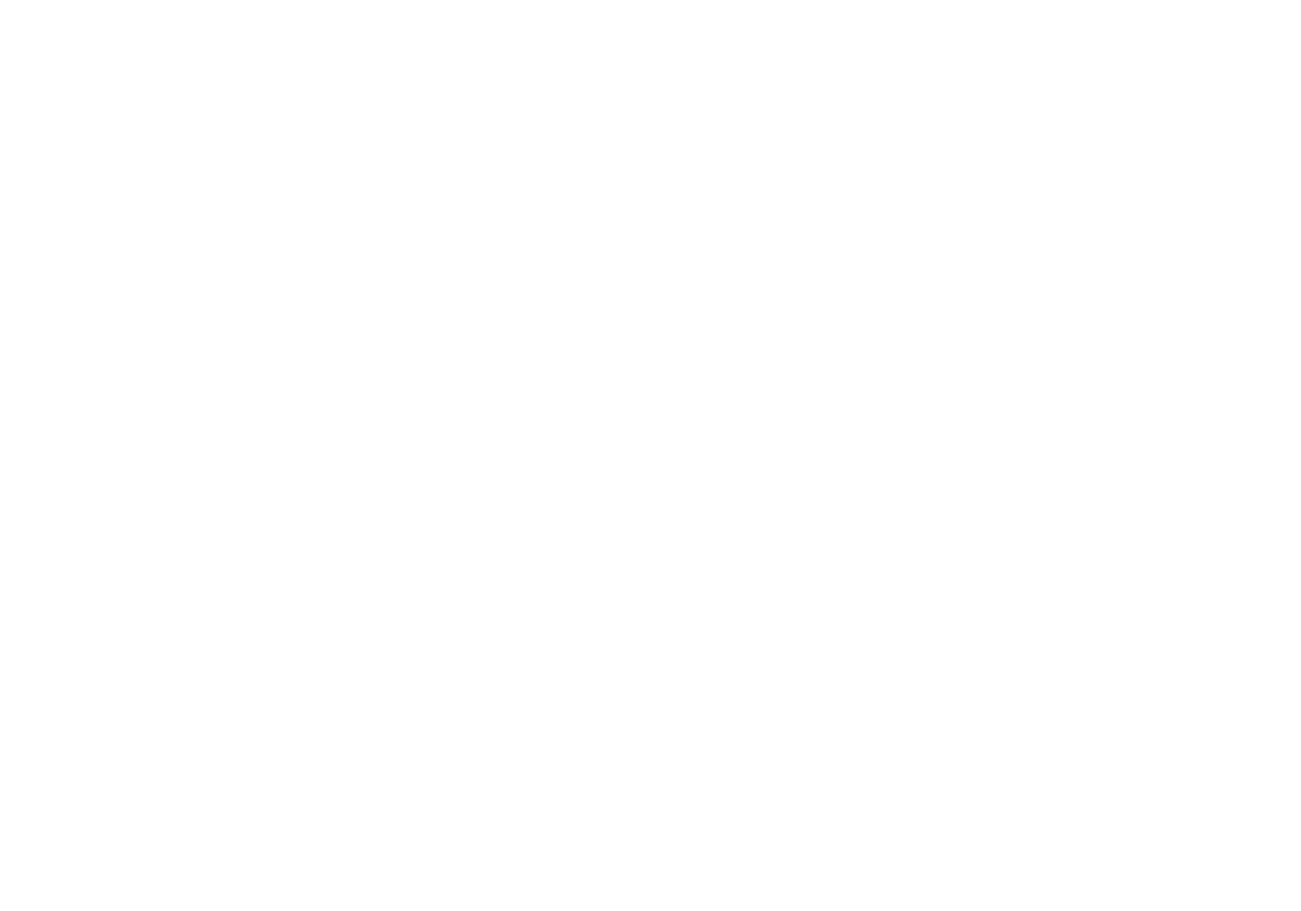
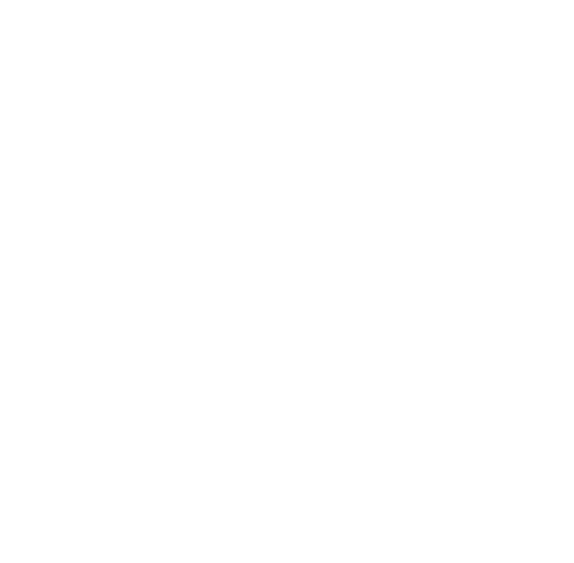
One commit to dodokek/Tree-Structure-Akinator changed the diagram in data/graph.dot. Above: the diagram before and after it, drawn with Graphviz. The commit also changed 10 other files, not shown here.

```diff
--- a/data/graph.dot
+++ b/data/graph.dot
@@ -1,85 +1,44 @@
 
     digraph g {
         dpi      = 200;
         fontname = "Comic Sans MS";
         fontsize = 20;
         rankdir   =  TB;
         edge [color = darkgrey, arrowhead = onormal, arrowsize = 1, penwidth = 1.2]
         graph[fillcolor = lightgreen, ranksep = 1.3, nodesep = 0.5,
         style = "rounded, filled",color = green, penwidth = 2]
 
-    Node00000290369e2990[shape=rectangle, color="red", width=0.2, style="filled",fillcolor="lightblue", label="Animal"] 
+    Node00000242ea7e3f80[shape=rectangle, color="red", width=0.2, style="filled",fillcolor="lightblue", label="Animal
+"] 
  
-Node00000290369e3f80[shape=rectangle, color="red", width=0.2, style="filled",fillcolor="lightblue", label="SucksDick"] 
+Node00000242ea7e3940[shape=rectangle, color="red", width=0.2, style="filled",fillcolor="lightblue", label="Bebra
+"] 
  
-Node00000290369e3940[shape=rectangle, color="red", width=0.2, style="filled",fillcolor="lightblue", label="StudyInMAI"] 
+Node00000242ea80e820[shape=rectangle, color="red", width=0.2, style="filled",fillcolor="lightblue", label="Impostor"] 
  
-Node00000290369e3970[shape=rectangle, color="red", width=0.2, style="filled",fillcolor="lightblue", label="FiveInchDick"] 
+Node00000242ea80dd40[shape=rectangle, color="red", width=0.2, style="filled",fillcolor="lightblue", label="SussyBaka"] 
  
-Node0000029034fd7b10[shape=rectangle, color="red", width=0.2, style="filled",fillcolor="lightblue", label="MishkFreddie"] 
+Node00000242ea7e3970[shape=rectangle, color="red", width=0.2, style="filled",fillcolor="lightblue", label="Amongus
+"] 
  
-Node0000029034fd7bb0[shape=rectangle, color="red", width=0.2, style="filled",fillcolor="lightblue", label="Dolbaeb"] 
+Node00000242e91b7b10[shape=rectangle, color="red", width=0.2, style="filled",fillcolor="lightblue", label="Sus
+"] 
  
-Node0000029034fd7c50[shape=rectangle, color="red", width=0.2, style="filled",fillcolor="lightblue", label="Cool"] 
+Node00000242e91b7bb0[shape=rectangle, color="red", width=0.2, style="filled",fillcolor="lightblue", label="NotBebra
+"] 
  
-Node0000029034fd7cf0[shape=rectangle, color="red", width=0.2, style="filled",fillcolor="lightblue", label="SuperPerec"] 
+Node00000242e91b7c50[shape=rectangle, color="red", width=0.2, style="filled",fillcolor="lightblue", label="Sanya
+"] 
  
-Node0000029034fd7d90[shape=rectangle, color="red", width=0.2, style="filled",fillcolor="lightblue", label="Vlados"] 
+Node00000242e91b7cf0[shape=rectangle, color="red", width=0.2, style="filled",fillcolor="lightblue", label="Vlados
+"] 
  
-Node0000029034fd7e30[shape=rectangle, color="red", width=0.2, style="filled",fillcolor="lightblue", label="Zhenya"] 
- 
-Node0000029036a10e40[shape=rectangle, color="red", width=0.2, style="filled",fillcolor="lightblue", label="SucksAlotofdiscks"] 
- 
-Node0000029036a10cc0[shape=rectangle, color="red", width=0.2, style="filled",fillcolor="lightblue", label="AverageMireaStudent"] 
- 
-Node0000029034fd7ed0[shape=rectangle, color="red", width=0.2, style="filled",fillcolor="lightblue", label="Sanya"] 
- 
-Node0000029034fd7f70[shape=rectangle, color="red", width=0.2, style="filled",fillcolor="lightblue", label="Govnovoder"] 
- 
-Node0000029034fd8010[shape=rectangle, color="red", width=0.2, style="filled",fillcolor="lightblue", label="lox"] 
- 
-Node0000029034fd8430[shape=rectangle, color="red", width=0.2, style="filled",fillcolor="lightblue", label="ya"] 
- 
-Node0000029034fd8340[shape=rectangle, color="red", width=0.2, style="filled",fillcolor="lightblue", label="Krestena"] 
- 
-Node0000029034fd8400[shape=rectangle, color="red", width=0.2, style="filled",fillcolor="lightblue", label="Arcadiy"] 
- 
-Node0000029034fd8280[shape=rectangle, color="red", width=0.2, style="filled",fillcolor="lightblue", label="CumsAlot"] 
- 
-Node0000029034fd8100[shape=rectangle, color="red", width=0.2, style="filled",fillcolor="lightblue", label="Vitalik"] 
- 
-Node0000029034fd8460[shape=rectangle, color="red", width=0.2, style="filled",fillcolor="lightblue", label="Coder"] 
- 
-Node0000029034fd81c0[shape=rectangle, color="red", width=0.2, style="filled",fillcolor="lightblue", label="Roma"] 
- 
-Node0000029034fd8370[shape=rectangle, color="red", width=0.2, style="filled",fillcolor="lightblue", label="Joe"] 
- 
-Node0000029034fd83d0[shape=rectangle, color="red", width=0.2, style="filled",fillcolor="lightblue", label="Obama"] 
- 
-Node0000029034fd81f0[shape=rectangle, color="red", width=0.2, style="filled",fillcolor="lightblue", label="Sashka"] 
- 
-Node00000290369e2990->Node00000290369e3f80
-Node00000290369e3f80->Node00000290369e3940
-Node00000290369e3940->Node00000290369e3970
-Node00000290369e3970->Node0000029034fd7b10
-Node00000290369e3970->Node0000029034fd7bb0
-Node00000290369e3940->Node0000029034fd7c50
-Node0000029034fd7c50->Node0000029034fd7cf0
-Node0000029034fd7cf0->Node0000029034fd7d90
-Node0000029034fd7cf0->Node0000029034fd7e30
-Node0000029034fd7c50->Node0000029036a10e40
-Node0000029036a10e40->Node0000029036a10cc0
-Node0000029036a10e40->Node0000029034fd7ed0
-Node00000290369e3f80->Node0000029034fd7f70
-Node0000029034fd7f70->Node0000029034fd8010
-Node0000029034fd8010->Node0000029034fd8430
-Node0000029034fd8010->Node0000029034fd8340
-Node0000029034fd7f70->Node0000029034fd8400
-Node00000290369e2990->Node0000029034fd8280
-Node0000029034fd8280->Node0000029034fd8100
-Node0000029034fd8280->Node0000029034fd8460
-Node0000029034fd8460->Node0000029034fd81c0
-Node0000029034fd8460->Node0000029034fd8370
-Node0000029034fd8370->Node0000029034fd83d0
-Node0000029034fd8370->Node0000029034fd81f0
+Node00000242ea7e3f80->Node00000242ea7e3940
+Node00000242ea7e3940->Node00000242ea80e820
+Node00000242ea80e820->Node00000242ea80dd40
+Node00000242ea80e820->Node00000242ea7e3970
+Node00000242ea7e3940->Node00000242e91b7b10
+Node00000242ea7e3f80->Node00000242e91b7bb0
+Node00000242e91b7bb0->Node00000242e91b7c50
+Node00000242e91b7bb0->Node00000242e91b7cf0
 }
```
